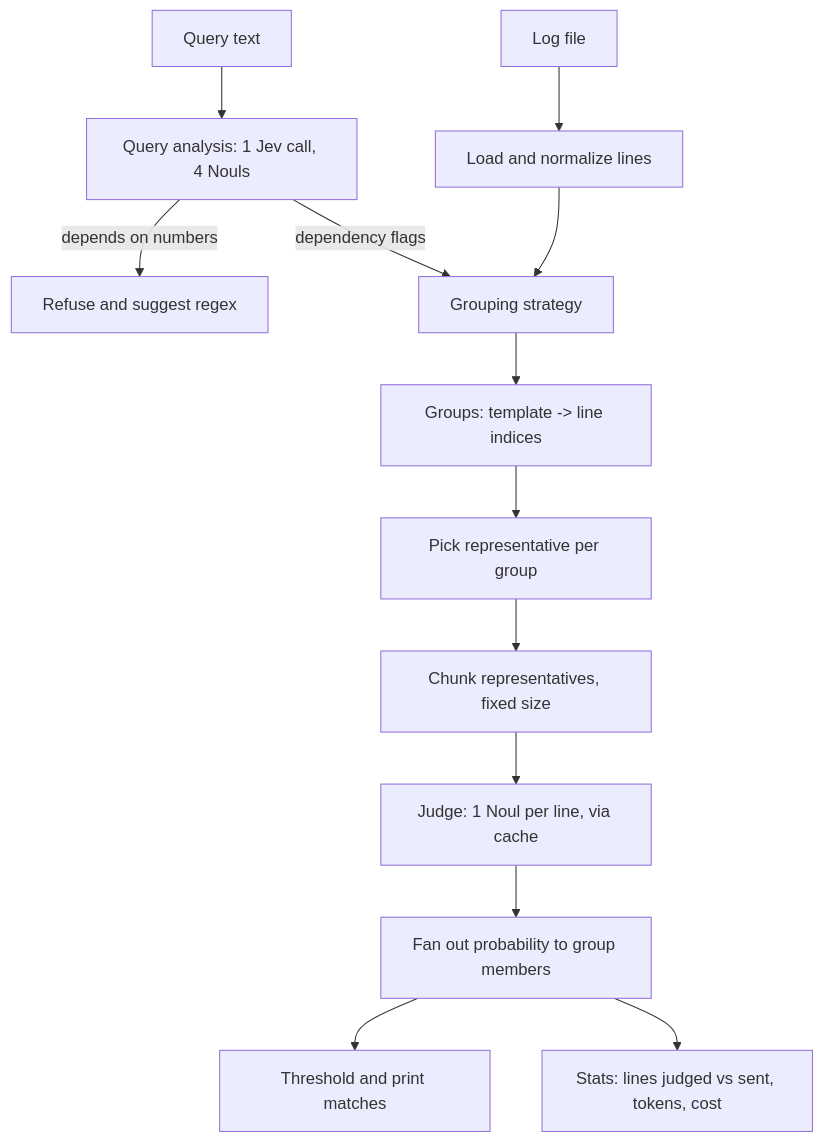
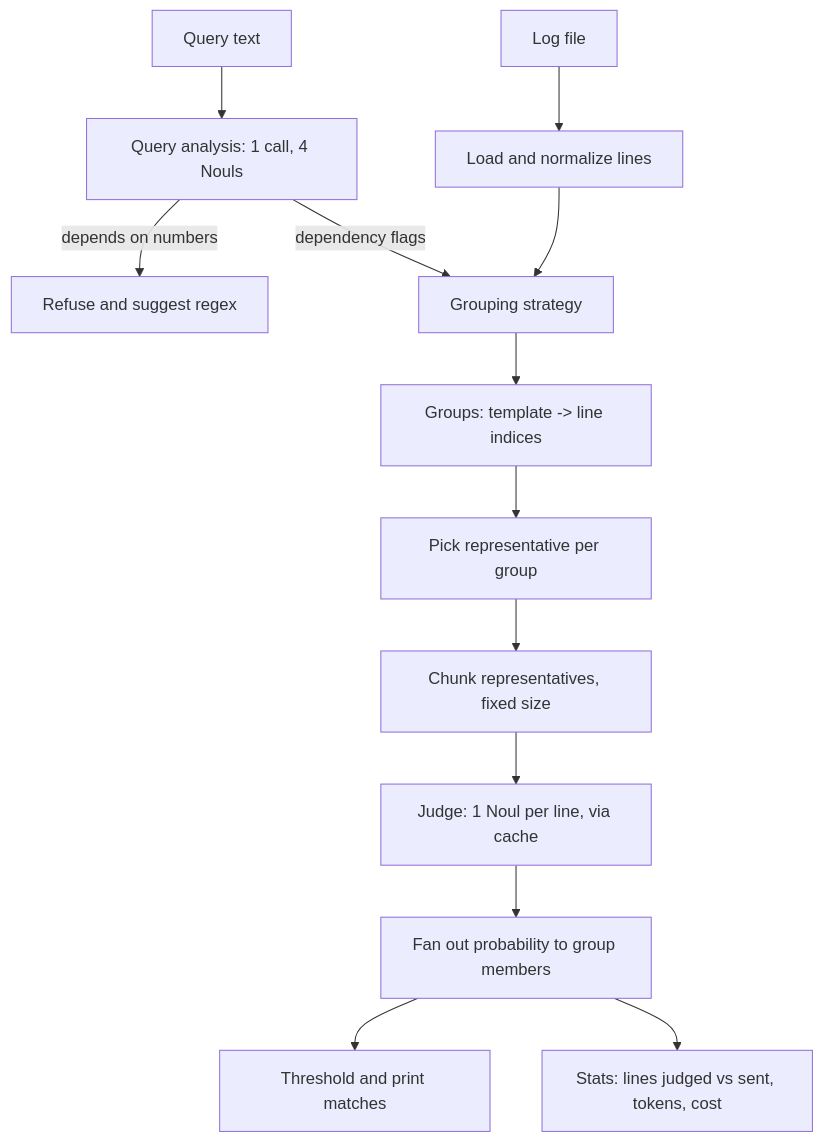
Before and after one commit to aakrutibeladiya/semantic-log-dedup: the diagram in README.md, drawn with Mermaid. The commit also changed other lines of this file and 6 other files, not shown here.

````diff
--- a/README.md
+++ b/README.md
@@ -102,15 +64,15 @@
 ```mermaid
 flowchart TD
     A[Log file] --> B[Load and normalize lines]
-    Q[Query text] --> C[Query analysis: 1 Jev call, 4 Nouls]
+    Q[Query text] --> C[Query analysis: 1 call, 4 Nouls]
     C -->|depends on numbers| R[Refuse and suggest regex]
     C -->|dependency flags| D[Grouping strategy]
     B --> D
     D --> E[Groups: template -> line indices]
     E --> F[Pick representative per group]
     F --> G[Chunk representatives, fixed size]
     G --> H[Judge: 1 Noul per line, via cache]
     H --> I[Fan out probability to group members]
     I --> J[Threshold and print matches]
     I --> K[Stats: lines judged vs sent, tokens, cost]
 ```
````
